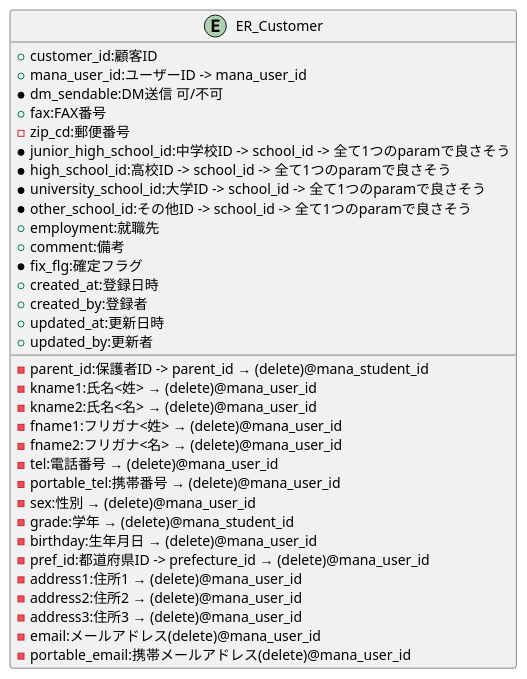
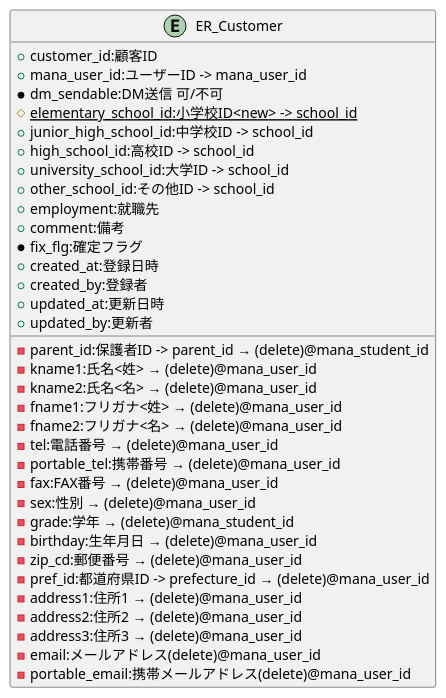
The diagram in Entity/ER_Customer.pu (popoposorara/ERP_ER), drawn with PlantUML before and after one commit. The commit also changed 6 other files, not shown here.

```diff
--- a/Entity/ER_Customer.pu
+++ b/Entity/ER_Customer.pu
@@ -1,38 +1,39 @@
 @startuml
 
 entity "ER_Customer"{
     + customer_id:顧客ID
     + mana_user_id:ユーザーID -> mana_user_id
     - parent_id:保護者ID -> parent_id → (delete)@mana_student_id
     - kname1:氏名<姓> → (delete)@mana_user_id
     - kname2:氏名<名> → (delete)@mana_user_id
     - fname1:フリガナ<姓> → (delete)@mana_user_id
     - fname2:フリガナ<名> → (delete)@mana_user_id
     * dm_sendable:DM送信 可/不可
     - tel:電話番号 → (delete)@mana_user_id
     - portable_tel:携帯番号 → (delete)@mana_user_id
-    + fax:FAX番号
+    - fax:FAX番号 → (delete)@mana_user_id
     - sex:性別 → (delete)@mana_user_id
     - grade:学年 → (delete)@mana_student_id
     - birthday:生年月日 → (delete)@mana_user_id
-    - zip_cd:郵便番号
+    - zip_cd:郵便番号 → (delete)@mana_user_id
     - pref_id:都道府県ID -> prefecture_id → (delete)@mana_user_id
     - address1:住所1 → (delete)@mana_user_id
     - address2:住所2 → (delete)@mana_user_id
     - address3:住所3 → (delete)@mana_user_id
     - email:メールアドレス(delete)@mana_user_id
     - portable_email:携帯メールアドレス(delete)@mana_user_id
-    * junior_high_school_id:中学校ID -> school_id -> 全て1つのparamで良さそう
-    * high_school_id:高校ID -> school_id -> 全て1つのparamで良さそう
-    * university_school_id:大学ID -> school_id -> 全て1つのparamで良さそう
-    * other_school_id:その他ID -> school_id -> 全て1つのparamで良さそう
+    # <u>elementary_school_id:小学校ID<new> -> school_id
+    + junior_high_school_id:中学校ID -> school_id
+    + high_school_id:高校ID -> school_id
+    + university_school_id:大学ID -> school_id
+    + other_school_id:その他ID -> school_id
     + employment:就職先
     + comment:備考
     * fix_flg:確定フラグ
     + created_at:登録日時
     + created_by:登録者
     + updated_at:更新日時
     + updated_by:更新者
 }
 
 @enduml
```
